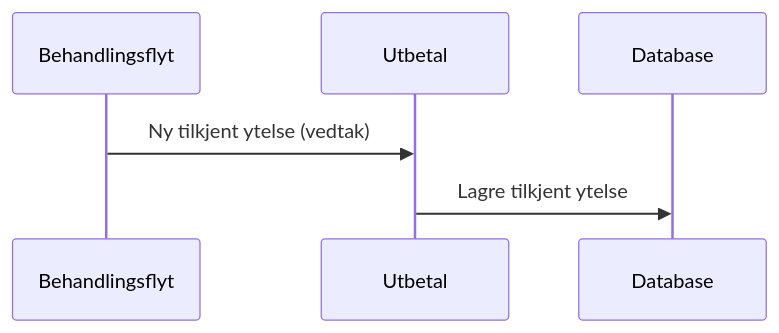
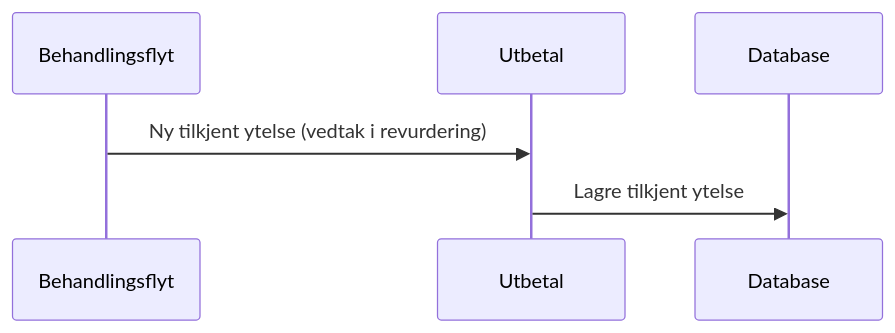
The third of 7 diagrams in README.md (navikt/aap-utbetal), drawn with Mermaid before and after one commit. The commit also changed other lines of this file, not shown here.

````diff
--- a/README.md
+++ b/README.md
@@ -39,5 +39,5 @@
 ```mermaid
 sequenceDiagram
-    Behandlingsflyt->>Utbetal: Ny tilkjent ytelse (vedtak)
+    Behandlingsflyt->>Utbetal: Ny tilkjent ytelse (vedtak i revurdering)
     Utbetal->>Database: Lagre tilkjent ytelse
 ```
````
